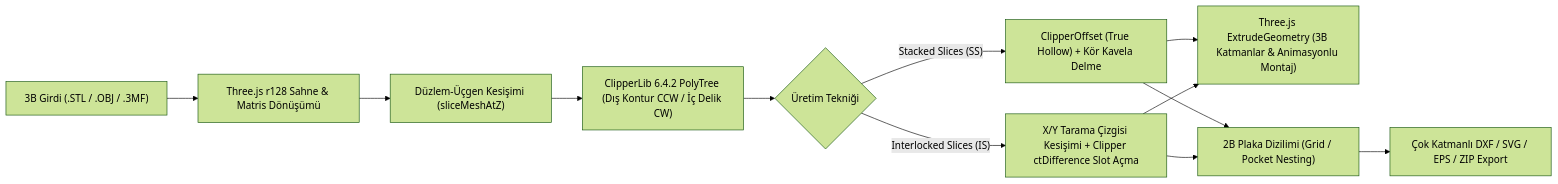
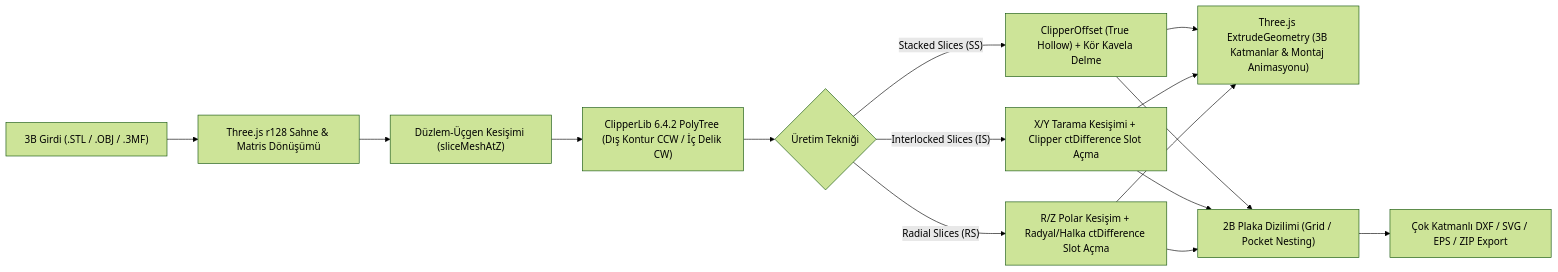
The diagram in README.md (iSuat/Open-Slicer), drawn with Mermaid (forest theme) before and after one commit. The commit also changed other lines of this file and 2 other files, not shown here.

````diff
--- a/README.md
+++ b/README.md
@@ -51,14 +78,17 @@
 ```mermaid
 flowchart LR
   A["3B Girdi (.STL / .OBJ / .3MF)"] --> B["Three.js r128 Sahne & Matris Dönüşümü"]
   B --> C["Düzlem-Üçgen Kesişimi (sliceMeshAtZ)"]
   C --> D["ClipperLib 6.4.2 PolyTree (Dış Kontur CCW / İç Delik CW)"]
   D --> E{"Üretim Tekniği"}
   E -->|"Stacked Slices (SS)"| F["ClipperOffset (True Hollow) + Kör Kavela Delme"]
-  E -->|"Interlocked Slices (IS)"| G["X/Y Tarama Çizgisi Kesişimi + Clipper ctDifference Slot Açma"]
-  F --> H["Three.js ExtrudeGeometry (3B Katmanlar & Animasyonlu Montaj)"]
-  G --> H
-  F --> I["2B Plaka Dizilimi (Grid / Pocket Nesting)"]
+  E -->|"Interlocked Slices (IS)"| G["X/Y Tarama Kesişimi + Clipper ctDifference Slot Açma"]
+  E -->|"Radial Slices (RS)"| H["R/Z Polar Kesişim + Radyal/Halka ctDifference Slot Açma"]
+  F --> I["Three.js ExtrudeGeometry (3B Katmanlar & Montaj Animasyonu)"]
   G --> I
-  I --> J["Çok Katmanlı DXF / SVG / EPS / ZIP Export"]
+  H --> I
+  F --> J["2B Plaka Dizilimi (Grid / Pocket Nesting)"]
+  G --> J
+  H --> J
+  J --> K["Çok Katmanlı DXF / SVG / EPS / ZIP Export"]
 ```
````
